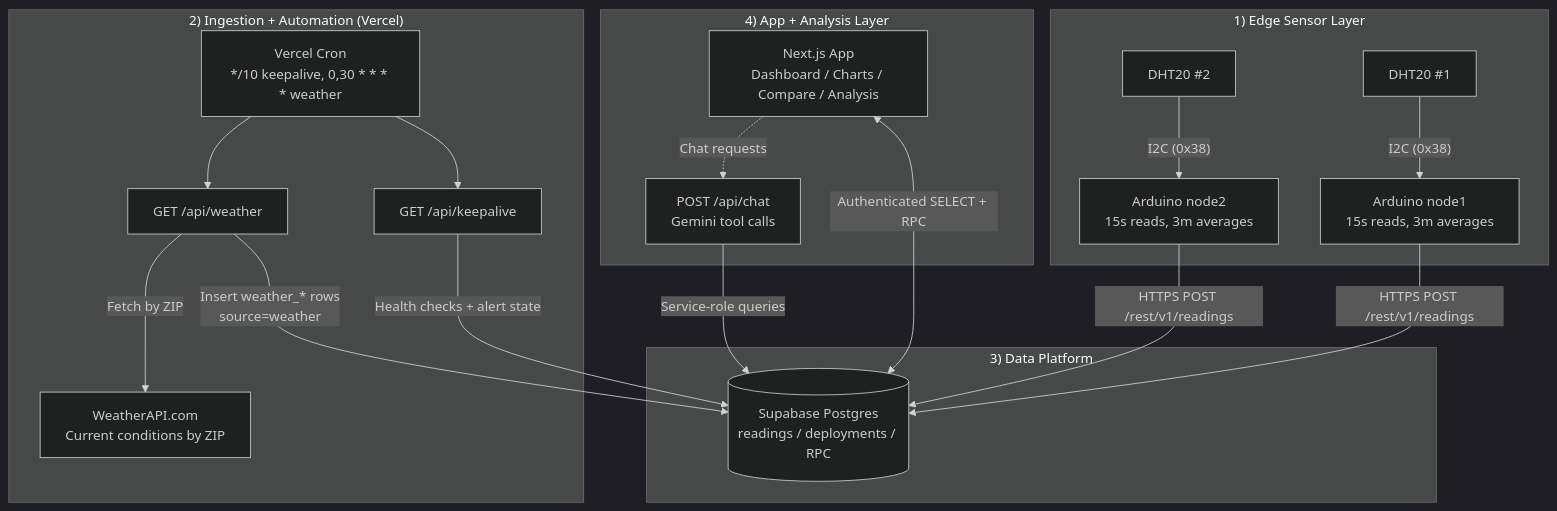
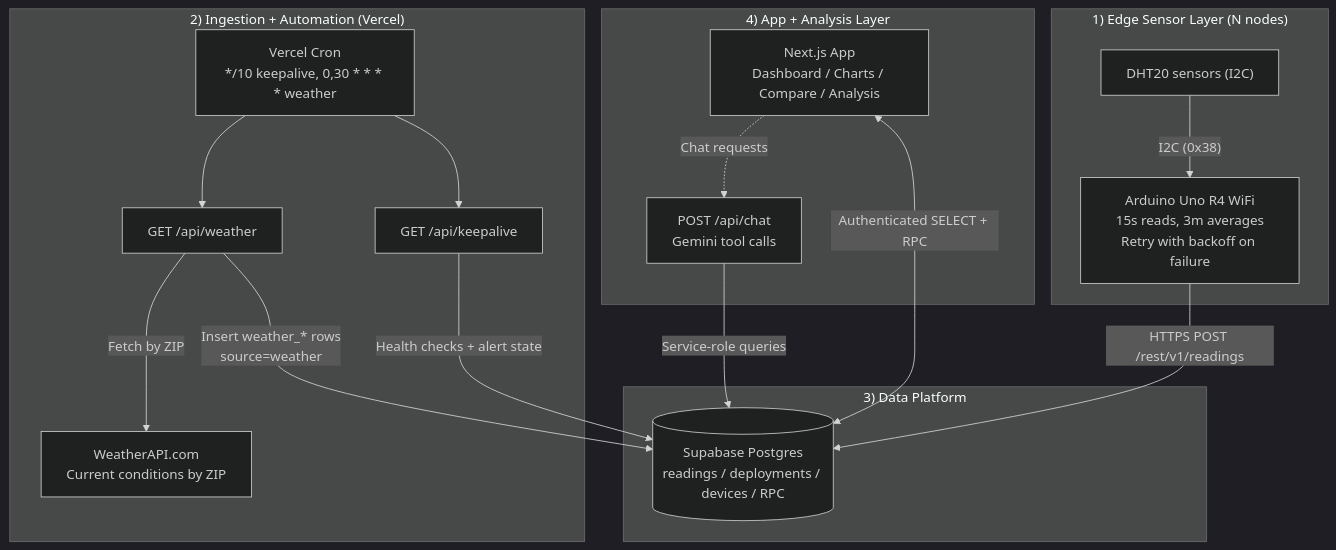
One commit to nikholasnova/TH-Dashboard changed the diagram in README.md. Above: the diagram before and after it, drawn with Mermaid (dark theme). The commit also changed other lines of this file and 4 other files, not shown here.

First line of the commit message:
Update docs for N-node refactor and retry behavior

````diff
--- a/README.md
+++ b/README.md
@@ -9,38 +9,34 @@
 ```mermaid
 flowchart TB
-  subgraph edge["1) Edge Sensor Layer"]
-    dht1["DHT20 #1"]
-    dht2["DHT20 #2"]
-    n1["Arduino node1<br/>15s reads, 3m averages"]
-    n2["Arduino node2<br/>15s reads, 3m averages"]
-    dht1 -->|"I2C (0x38)"| n1
-    dht2 -->|"I2C (0x38)"| n2
+  subgraph edge["1) Edge Sensor Layer (N nodes)"]
+    dht["DHT20 sensors (I2C)"]
+    nodes["Arduino Uno R4 WiFi<br/>15s reads, 3m averages<br/>Retry with backoff on failure"]
+    dht -->|"I2C (0x38)"| nodes
   end
 
   subgraph ingest["2) Ingestion + Automation (Vercel)"]
     cron["Vercel Cron<br/>*/10 keepalive, 0,30 * * * * weather"]
     keepalive["GET /api/keepalive"]
     weatherRoute["GET /api/weather"]
     wx["WeatherAPI.com<br/>Current conditions by ZIP"]
     cron --> keepalive
     cron --> weatherRoute
     weatherRoute -->|"Fetch by ZIP"| wx
   end
 
   subgraph data["3) Data Platform"]
-    db[("Supabase Postgres<br/>readings / deployments / RPC")]
+    db[("Supabase Postgres<br/>readings / deployments / devices / RPC")]
   end
 
   subgraph app["4) App + Analysis Layer"]
     ui["Next.js App<br/>Dashboard / Charts / Compare / Analysis"]
     chat["POST /api/chat<br/>Gemini tool calls"]
   end
 
-  n1 -->|"HTTPS POST /rest/v1/readings"| db
-  n2 -->|"HTTPS POST /rest/v1/readings"| db
+  nodes -->|"HTTPS POST /rest/v1/readings"| db
   keepalive -->|"Health checks + alert state"| db
   weatherRoute -->|"Insert weather_* rows<br/>source=weather"| db
   ui <-->|"Authenticated SELECT + RPC"| db
   chat -->|"Service-role queries"| db
   ui -. "Chat requests" .-> chat
 ```
````
